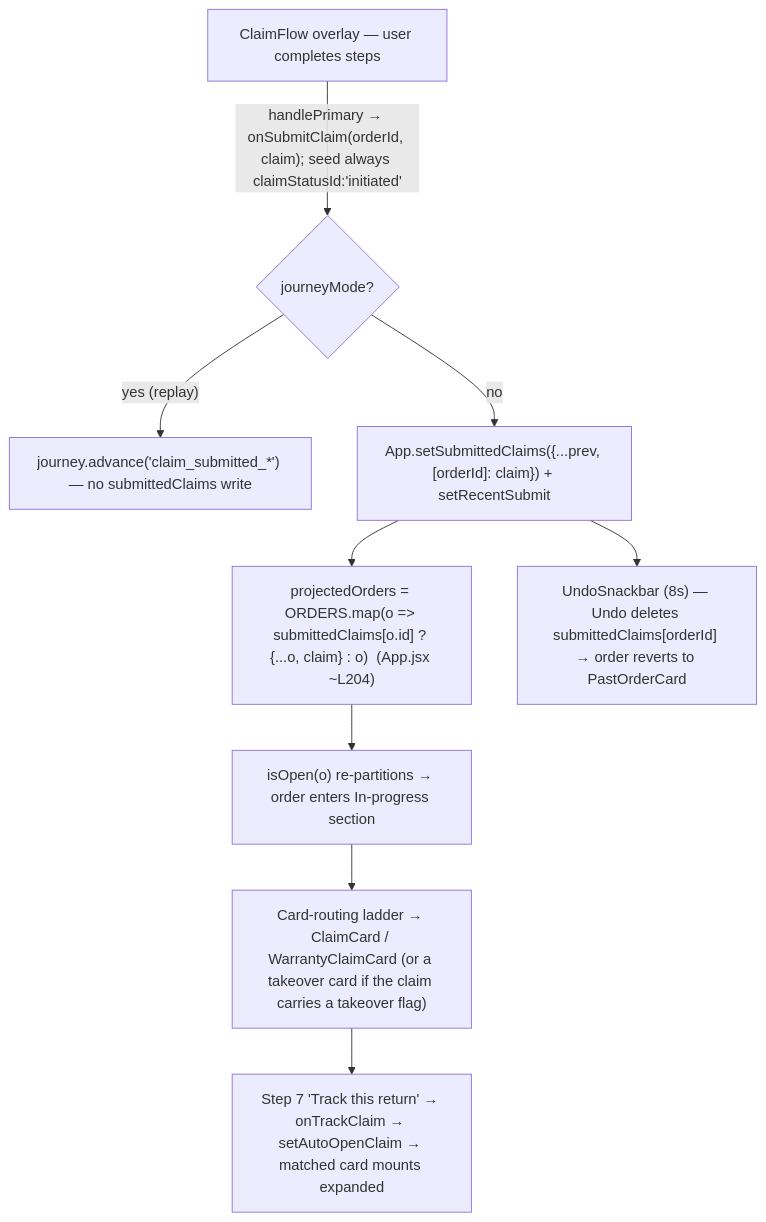
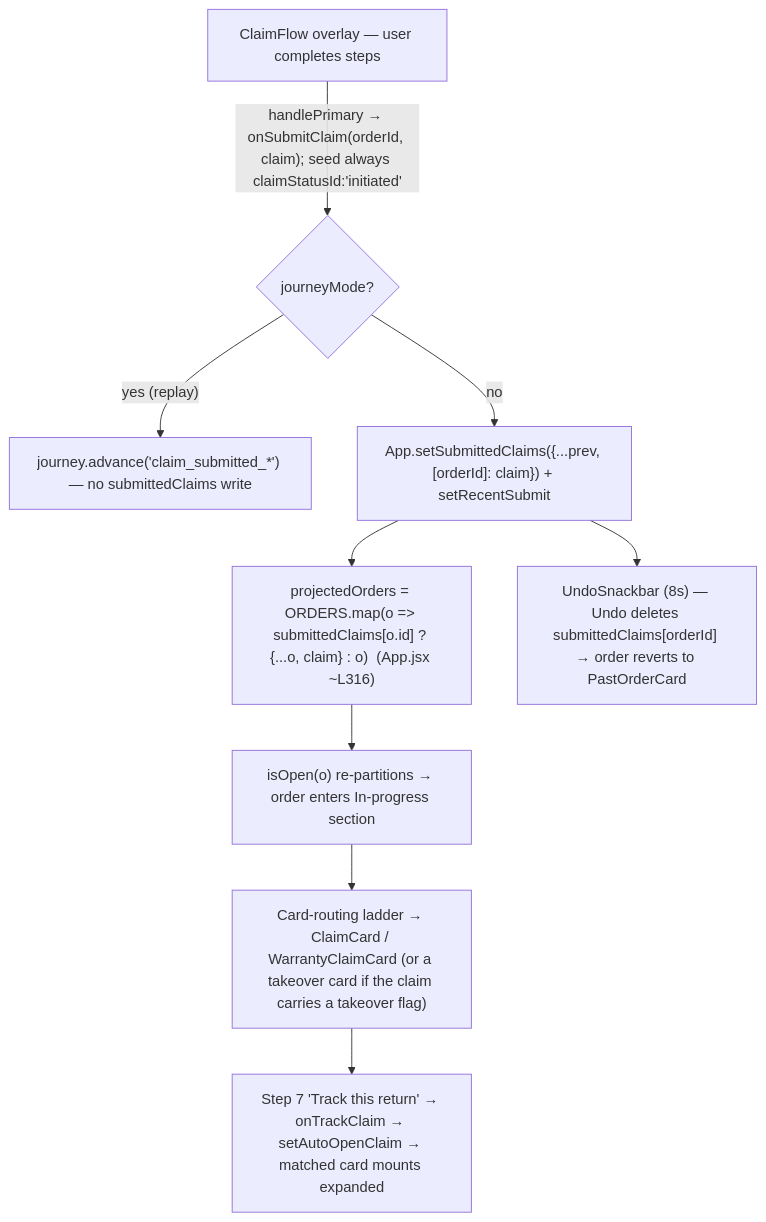
Before and after one commit to andrea-revibe/my-account-redesign-v2: the third of 3 diagrams in docs/output/diagrams.md, drawn with Mermaid. The commit also changed other lines of this file and 9 other files, not shown here.

````diff
--- a/docs/output/diagrams.md
+++ b/docs/output/diagrams.md
@@ -108,11 +110,11 @@
 ```mermaid
 flowchart TD
   A["ClaimFlow overlay — user completes steps"] -->|"handlePrimary → onSubmitClaim(orderId, claim); seed always claimStatusId:'initiated'"| B{"journeyMode?"}
   B -- "yes (replay)" --> J["journey.advance('claim_submitted_*') — no submittedClaims write"]
   B -- "no" --> C["App.setSubmittedClaims({...prev, [orderId]: claim}) + setRecentSubmit"]
-  C --> D["projectedOrders = ORDERS.map(o => submittedClaims[o.id] ? {...o, claim} : o)  (App.jsx ~L204)"]
+  C --> D["projectedOrders = ORDERS.map(o => submittedClaims[o.id] ? {...o, claim} : o)  (App.jsx ~L316)"]
   D --> E["isOpen(o) re-partitions → order enters In-progress section"]
   E --> F["Card-routing ladder → ClaimCard / WarrantyClaimCard (or a takeover card if the claim carries a takeover flag)"]
   C --> G["UndoSnackbar (8s) — Undo deletes submittedClaims[orderId] → order reverts to PastOrderCard"]
   F --> H["Step 7 'Track this return' → onTrackClaim → setAutoOpenClaim → matched card mounts expanded"]
 ```
````
